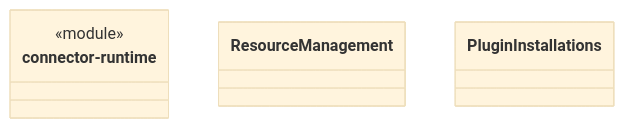
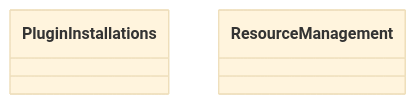
Before and after one commit to nan023062/cbim: the diagram in src/logic/resource-management/ARCHITECTURE.md, drawn with Mermaid (base theme). The commit also changed other lines of this file and 113 other files, not shown here.

````diff
--- a/src/logic/resource-management/ARCHITECTURE.md
+++ b/src/logic/resource-management/ARCHITECTURE.md
@@ -21,11 +20,7 @@
 ```mermaid
 classDiagram
-class N_3dd5f5cb2b14["connector-runtime"] {
-  <<module>>
-}
-click N_3dd5f5cb2b14 href "connector-runtime.ts"
+class N_7114dce71c65["PluginInstallations"]
+click N_7114dce71c65 href "plugin-installations.ts"
 class N_0666ba67e6b7["ResourceManagement"]
 click N_0666ba67e6b7 href "index.ts"
-class N_7114dce71c65["PluginInstallations"]
-click N_7114dce71c65 href "plugin-installations.ts"
 ```
````
